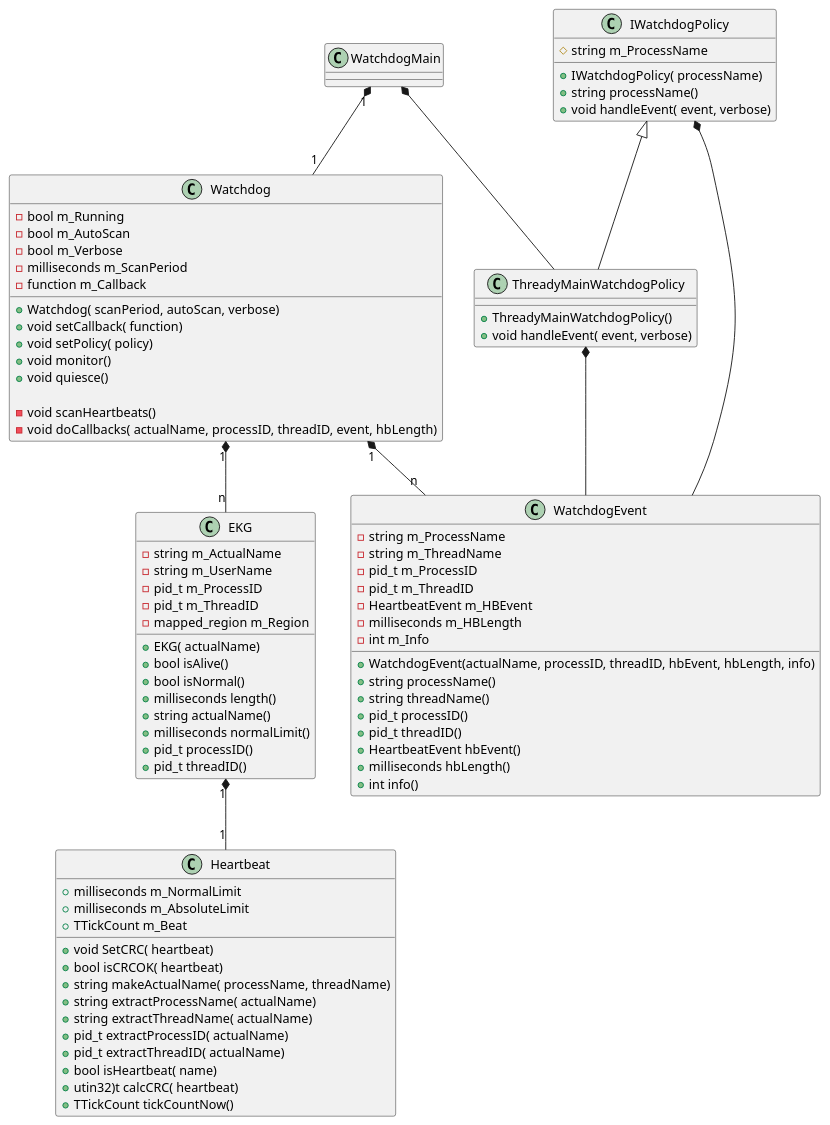
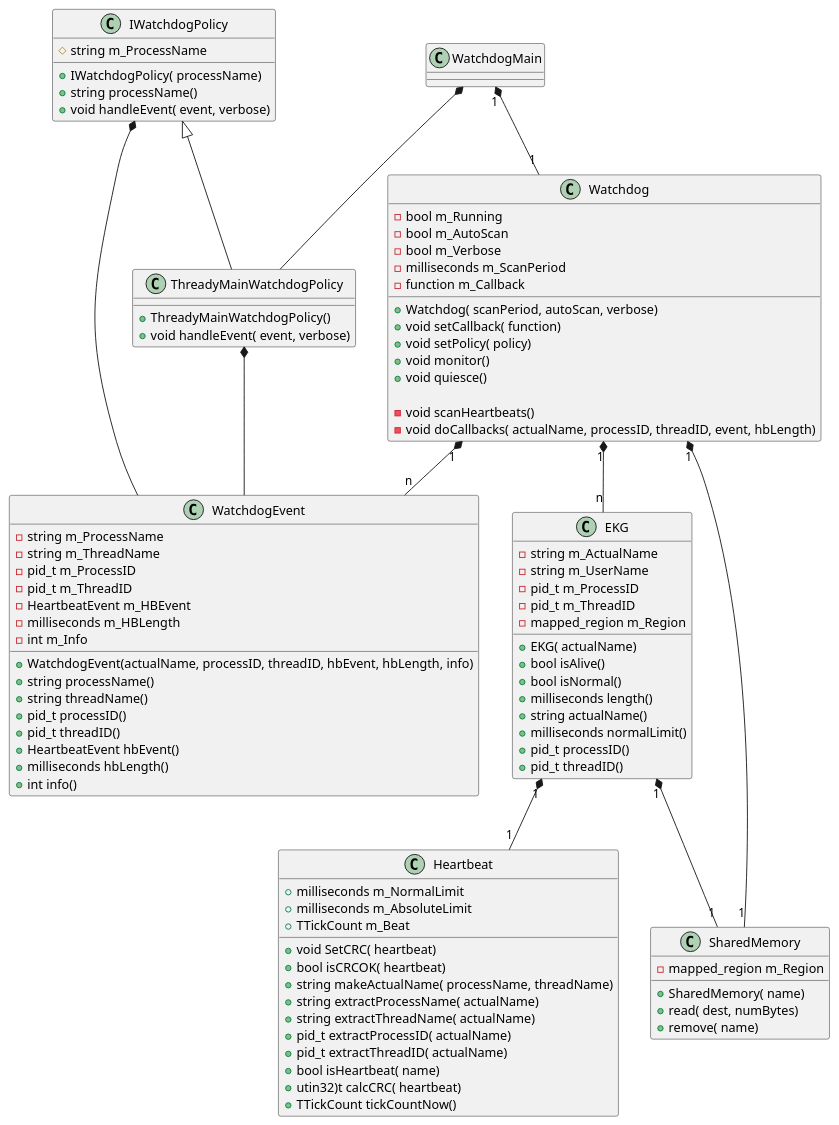
One commit to delaneymorgan/Watchdog changed the diagram in doc/WatchdogMain.puml. Above: the diagram before and after it, drawn with PlantUML. The commit also changed 3 other files, not shown here.

Commit message:
- updated class hierarchy for SharedMemory class

```diff
--- a/doc/WatchdogMain.puml
+++ b/doc/WatchdogMain.puml
@@ -1,92 +1,102 @@
 @startuml
 class WatchdogMain
 
 class Watchdog {
 -bool m_Running
 -bool m_AutoScan
 -bool m_Verbose
 -milliseconds m_ScanPeriod
 -function m_Callback
 
 +Watchdog( scanPeriod, autoScan, verbose)
 +void setCallback( function)
 +void setPolicy( policy)
 +void monitor()
 +void quiesce()
 
 -void scanHeartbeats()
 -void doCallbacks( actualName, processID, threadID, event, hbLength)
 }
 
 class WatchdogEvent {
 +WatchdogEvent(actualName, processID, threadID, hbEvent, hbLength, info)
 +string processName()
 +string threadName()
 +pid_t processID()
 +pid_t threadID()
 +HeartbeatEvent hbEvent()
 +milliseconds hbLength()
 +int info()
 -string m_ProcessName
 -string m_ThreadName
 -pid_t m_ProcessID
 -pid_t m_ThreadID
 -HeartbeatEvent m_HBEvent
 -milliseconds m_HBLength
 -int m_Info
 }
 
 class IWatchdogPolicy {
 #string m_ProcessName
 +IWatchdogPolicy( processName)
 +string processName()
 +void handleEvent( event, verbose)
 }
 
 class ThreadyMainWatchdogPolicy {
 +ThreadyMainWatchdogPolicy()
 +void handleEvent( event, verbose)
 }
 
 class EKG {
 -string m_ActualName
 -string m_UserName
 -pid_t m_ProcessID
 -pid_t m_ThreadID
 -mapped_region m_Region
 
 +EKG( actualName)
 +bool isAlive()
 +bool isNormal()
 +milliseconds length()
 +string actualName()
 +milliseconds normalLimit()
 +pid_t processID()
 +pid_t threadID()
 }
 
 class Heartbeat {
 +milliseconds m_NormalLimit
 +milliseconds m_AbsoluteLimit
 +TTickCount m_Beat
 
 +void SetCRC( heartbeat)
 +bool isCRCOK( heartbeat)
 +string makeActualName( processName, threadName)
 +string extractProcessName( actualName)
 +string extractThreadName( actualName)
 +pid_t extractProcessID( actualName)
 +pid_t extractThreadID( actualName)
 +bool isHeartbeat( name)
 +utin32)t calcCRC( heartbeat)
 +TTickCount tickCountNow()
 }
+
+class SharedMemory {
+-mapped_region m_Region
++SharedMemory( name)
++read( dest, numBytes)
++remove( name)
+}
+
 WatchdogMain "1" *-- "1" Watchdog
 Watchdog "1" *-- "n" EKG
 Watchdog "1" *-- "n" WatchdogEvent
+Watchdog "1" *-- "1" SharedMemory
 EKG "1" *-- "1" Heartbeat
+EKG "1" *-- "1" SharedMemory
 IWatchdogPolicy *-- WatchdogEvent
 ThreadyMainWatchdogPolicy *-- WatchdogEvent
 IWatchdogPolicy <|-- ThreadyMainWatchdogPolicy
 WatchdogMain *-- ThreadyMainWatchdogPolicy
 @enduml-->
```
